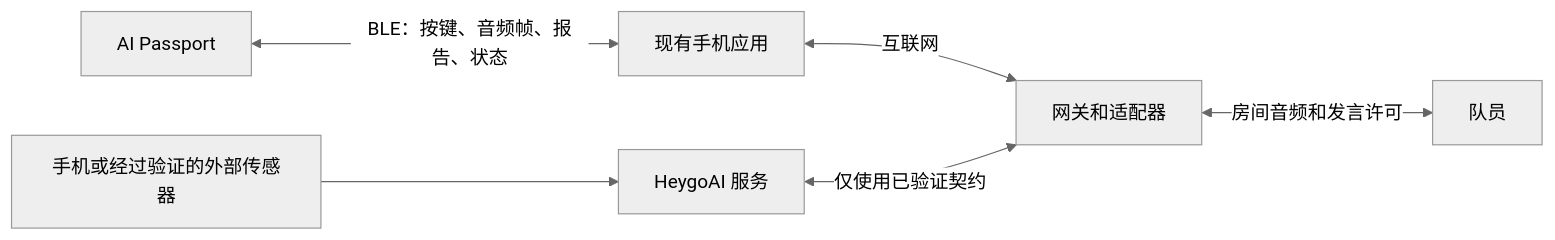
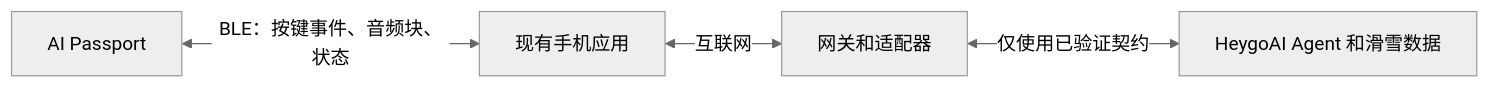
The first of 2 diagrams in 需求文件夹/02-architecture.zh_CN.md (Azuresword/Heygo-AiPassport), drawn with Mermaid (neutral theme) before and after one commit. The commit also changed other lines of this file and 17 other files, not shown here.

````diff
--- a/需求文件夹/02-architecture.zh_CN.md
+++ b/需求文件夹/02-architecture.zh_CN.md
@@ -60,8 +36,6 @@
 ```mermaid
 flowchart LR
-    S[手机或经过验证的外部传感器] --> H[HeygoAI 服务]
-    P[AI Passport] <-->|BLE：按键、音频帧、报告、状态| U[现有手机应用]
+    P[AI Passport] <-->|BLE：按键事件、音频块、状态| U[现有手机应用]
     U <-->|互联网| G[网关和适配器]
-    H <-->|仅使用已验证契约| G
-    G <-->|房间音频和发言许可| R[队员]
+    G <-->|仅使用已验证契约| H[HeygoAI Agent 和滑雪数据]
 ```
````
